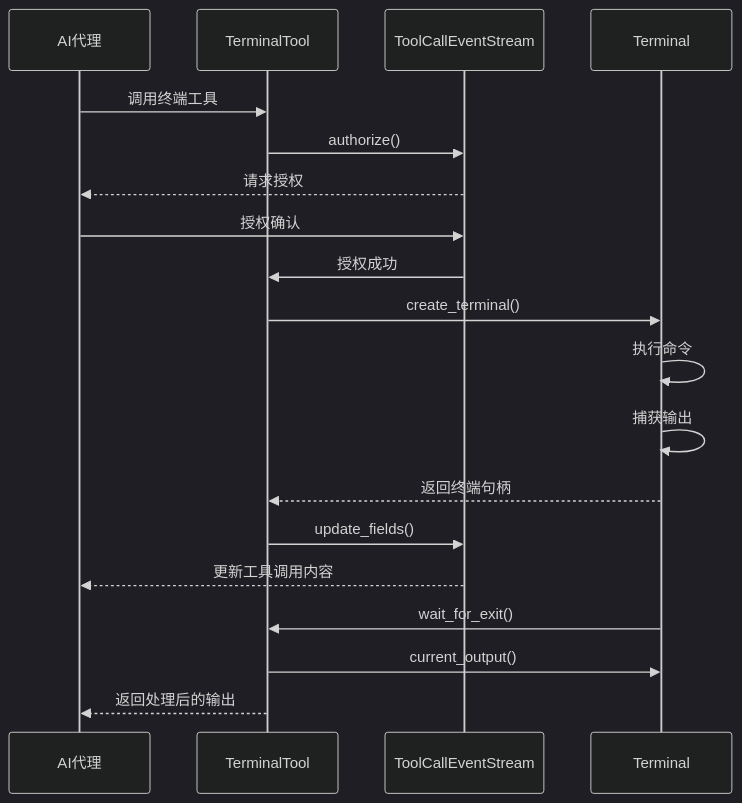
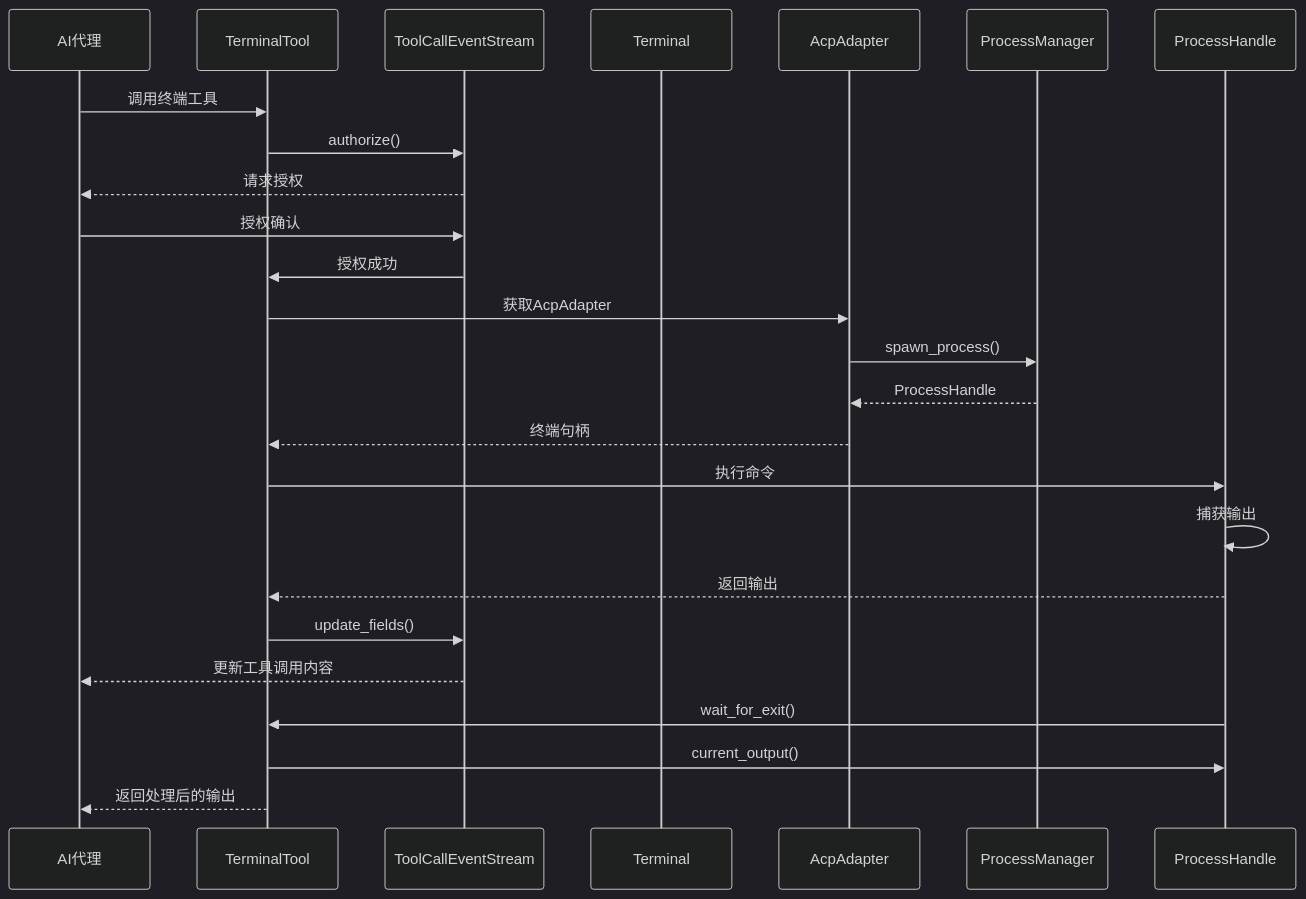
One commit to nuwax-ai/rcoder changed the fourth of 6 diagrams in .qoder/repowiki/zh/content/ACP协议实现/终端I_O集成.md. Above: the diagram before and after it, drawn with Mermaid (dark theme). The commit also changed other lines of this file and 85 other files, not shown here.

First line of the commit message:
refactor(acp_adapter): 重构会话管理及连接模块以替代旧实现

````diff
--- a/.qoder/repowiki/zh/content/ACP协议实现/终端I_O集成.md
+++ b/.qoder/repowiki/zh/content/ACP协议实现/终端I_O集成.md
@@ -127,21 +155,27 @@
 ```mermaid
 sequenceDiagram
 participant Agent as AI代理
 participant Tool as TerminalTool
 participant EventStream as ToolCallEventStream
 participant Terminal as Terminal
+participant Adapter as AcpAdapter
+participant ProcessMgr as ProcessManager
+participant Process as ProcessHandle
 Agent->>Tool : 调用终端工具
 Tool->>EventStream : authorize()
 EventStream-->>Agent : 请求授权
 Agent->>EventStream : 授权确认
 EventStream->>Tool : 授权成功
-Tool->>Terminal : create_terminal()
-Terminal->>Terminal : 执行命令
-Terminal->>Terminal : 捕获输出
-Terminal-->>Tool : 返回终端句柄
+Tool->>Adapter : 获取AcpAdapter
+Adapter->>ProcessMgr : spawn_process()
+ProcessMgr-->>Adapter : ProcessHandle
+Adapter-->>Tool : 终端句柄
+Tool->>Process : 执行命令
+Process->>Process : 捕获输出
+Process-->>Tool : 返回输出
 Tool->>EventStream : update_fields()
 EventStream-->>Agent : 更新工具调用内容
-Terminal->>Tool : wait_for_exit()
-Tool->>Terminal : current_output()
+Process->>Tool : wait_for_exit()
+Tool->>Process : current_output()
 Tool-->>Agent : 返回处理后的输出
 ```
````
